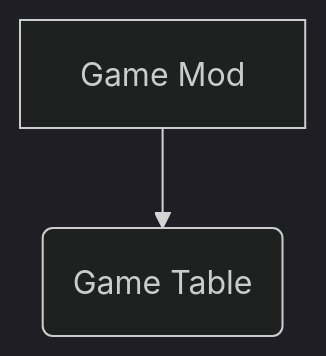
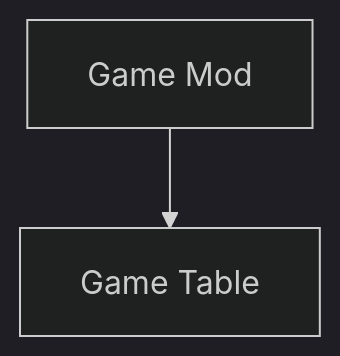
One commit to Jimmy888888/My_Solitaire_rewrite changed the diagram in README.md. Above: the diagram before and after it, drawn with Mermaid (dark theme).

````diff
--- a/README.md
+++ b/README.md
@@ -5,4 +5,4 @@
 ```mermaid
   graph TD;
-    A[Game Mod] -->B(Game Table);
+    A[Game Mod] -->B[Game Table];
 ```
````
